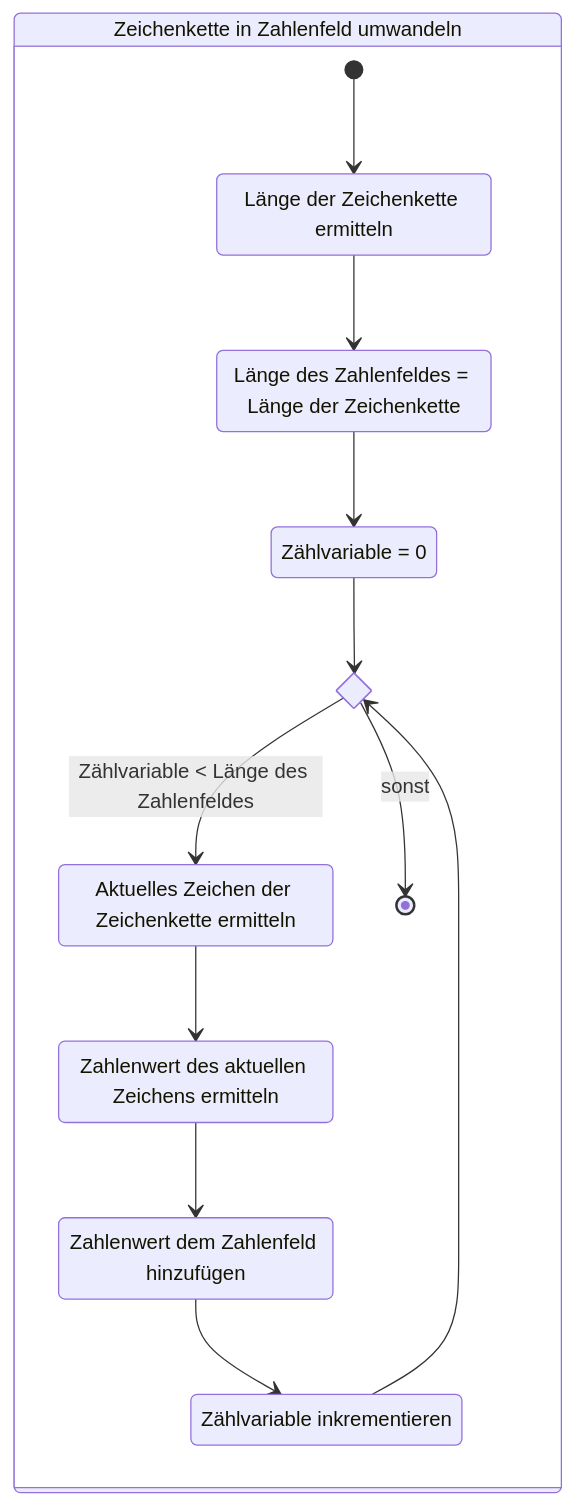
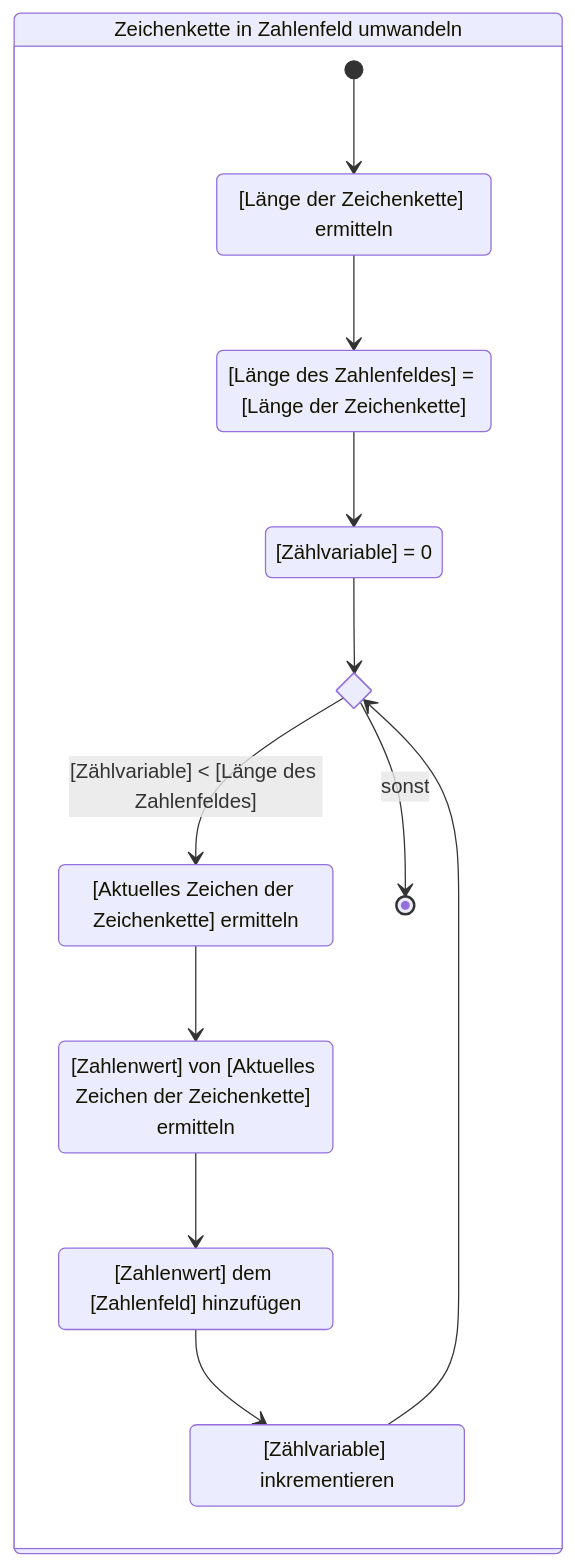
One commit to jappuccini/java-docs changed the fourth of 8 diagrams in docs/additional-material/daniel/java1/sample-exam.md. Above: the diagram before and after it, drawn with Mermaid. The commit also changed other lines of this file and 5 other files, not shown here.

````diff
--- a/docs/additional-material/daniel/java1/sample-exam.md
+++ b/docs/additional-material/daniel/java1/sample-exam.md
@@ -237,24 +237,24 @@
 ```mermaid
 stateDiagram-v2
-    state "Länge der Zeichenkette ermitteln" as state1
-    state "Länge des Zahlenfeldes = Länge der Zeichenkette" as state2
-    state "Zählvariable = 0" as state3
-    state "Aktuelles Zeichen der Zeichenkette ermitteln" as state4
-    state "Zahlenwert des aktuellen Zeichens ermitteln" as state5
-    state "Zahlenwert dem Zahlenfeld hinzufügen" as state6
-    state "Zählvariable inkrementieren" as state7
+    state "[Länge der Zeichenkette] ermitteln" as state1
+    state "[Länge des Zahlenfeldes] = [Länge der Zeichenkette]" as state2
+    state "[Zählvariable] = 0" as state3
+    state "[Aktuelles Zeichen der Zeichenkette] ermitteln" as state4
+    state "[Zahlenwert] von [Aktuelles Zeichen der Zeichenkette] ermitteln" as state5
+    state "[Zahlenwert] dem [Zahlenfeld] hinzufügen" as state6
+    state "[Zählvariable] inkrementieren" as state7
     state stateif <<choice>>
 
     state "Zeichenkette in Zahlenfeld umwandeln" as textToPin {
         [*] --> state1
         state1 --> state2
         state2 --> state3
         state3 --> stateif
-        stateif --> state4: Zählvariable < Länge des Zahlenfeldes
+        stateif --> state4: [Zählvariable] < [Länge des Zahlenfeldes]
         stateif --> [*]: sonst
         state4 --> state5
         state5 --> state6
         state6 --> state7
         state7 --> stateif
     }
 ```
````
